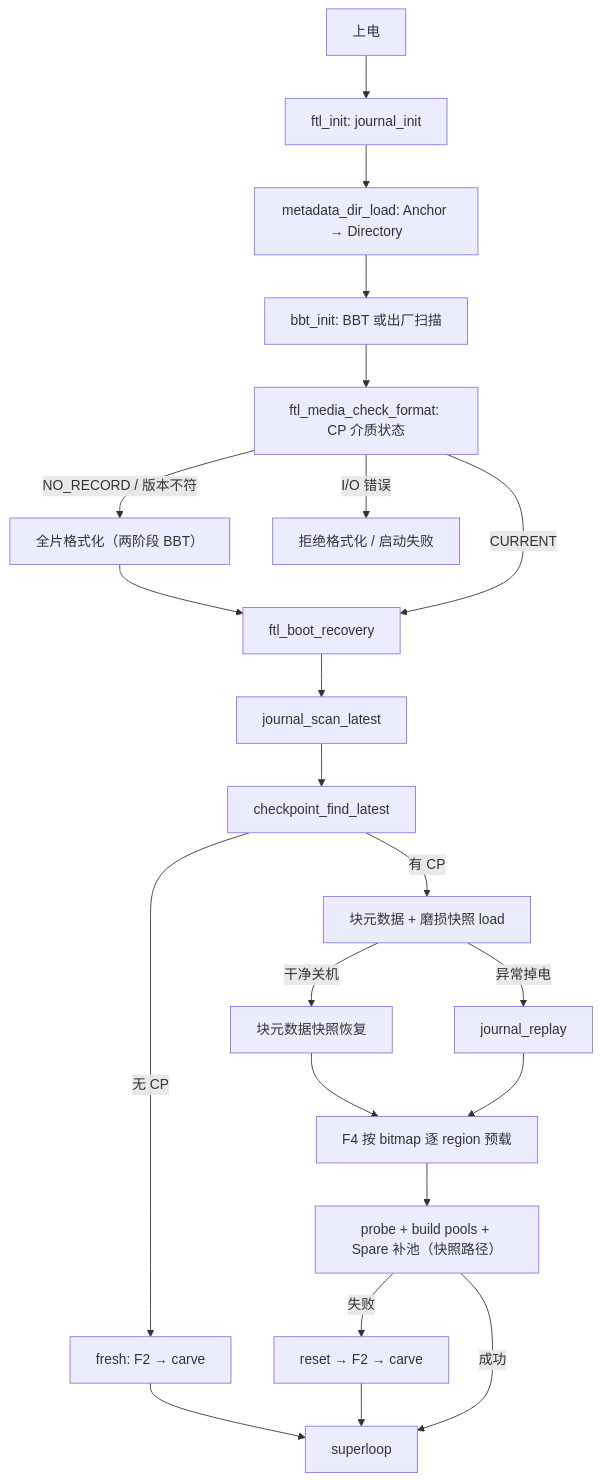
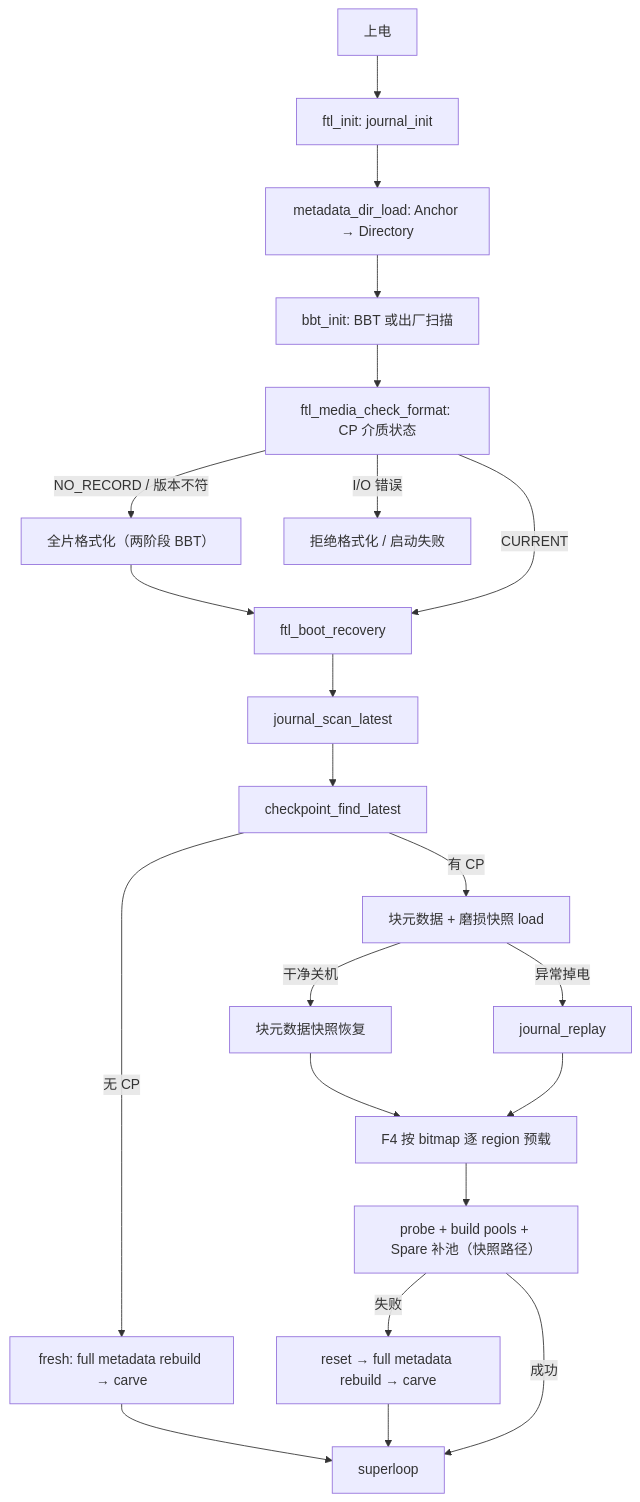
The third of 32 diagrams in docs/design/ftl_design.md (YzYMIAO/BASESSD), drawn with Mermaid before and after one commit. The commit also changed other lines of this file and 23 other files, not shown here.

````diff
--- a/docs/design/ftl_design.md
+++ b/docs/design/ftl_design.md
@@ -843,24 +843,24 @@
 ```mermaid
 flowchart TD
     PWR["上电"] --> JI["ftl_init: journal_init"]
     JI --> MDL["metadata_dir_load: Anchor → Directory"]
     MDL --> BBTI["bbt_init: BBT 或出厂扫描"]
     BBTI --> VER["ftl_media_check_format: CP 介质状态"]
     VER -- "NO_RECORD / 版本不符" --> FMT["全片格式化（两阶段 BBT）"]
     VER -- "I/O 错误" --> HALT["拒绝格式化 / 启动失败"]
     VER -- "CURRENT" --> BR["ftl_boot_recovery"]
     FMT --> BR
     BR --> JS["journal_scan_latest"]
     JS --> CPF["checkpoint_find_latest"]
-    CPF -- "无 CP" --> FRESH["fresh: F2 → carve"]
+    CPF -- "无 CP" --> FRESH["fresh: full metadata rebuild → carve"]
     CPF -- "有 CP" --> LS["块元数据 + 磨损快照 load"]
     LS -- "干净关机" --> CL["块元数据快照恢复"]
     LS -- "异常掉电" --> JR["journal_replay"]
     CL --> F4["F4 按 bitmap 逐 region 预载"]
     JR --> F4
     F4 --> POOL["probe + build pools + Spare 补池（快照路径）"]
-    POOL -- "失败" --> FB["reset → F2 → carve"]
+    POOL -- "失败" --> FB["reset → full metadata rebuild → carve"]
     POOL -- "成功" --> LOOP["superloop"]
     FRESH --> LOOP
     FB --> LOOP
 ```
````
